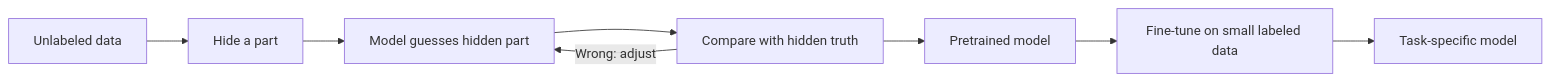
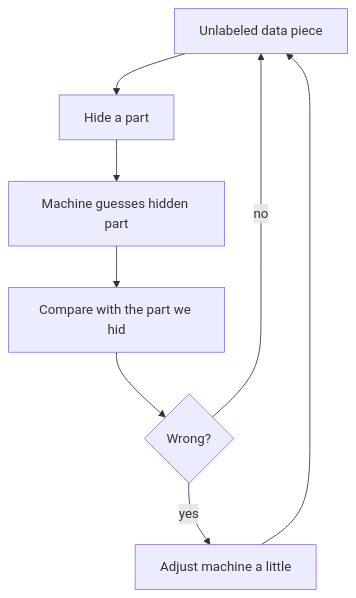
Before and after one commit to kaisarnajar/outcome-school-blogs: the first of 2 diagrams in notes/step-01-machine-learning-foundations/020-self-supervised-learning.md, drawn with Mermaid. The commit also changed other lines of this file and 233 other files, not shown here.

````diff
--- a/notes/step-01-machine-learning-foundations/020-self-supervised-learning.md
+++ b/notes/step-01-machine-learning-foundations/020-self-supervised-learning.md
@@ -41,10 +68,10 @@
 ```mermaid
-flowchart LR
-    A["Unlabeled data"] --> B["Hide a part"]
-    B --> C["Model guesses hidden part"]
-    C --> D["Compare with hidden truth"]
-    D -->|"Wrong: adjust"| C
-    D --> E["Pretrained model"]
-    E --> F["Fine-tune on small labeled data"]
-    F --> G["Task-specific model"]
+flowchart TD
+    D1["Unlabeled data piece"] --> D2["Hide a part"]
+    D2 --> D3["Machine guesses hidden part"]
+    D3 --> D4["Compare with the part we hid"]
+    D4 --> D5{"Wrong?"}
+    D5 -->|"yes"| D6["Adjust machine a little"]
+    D6 --> D1
+    D5 -->|"no"| D1
 ```
````
